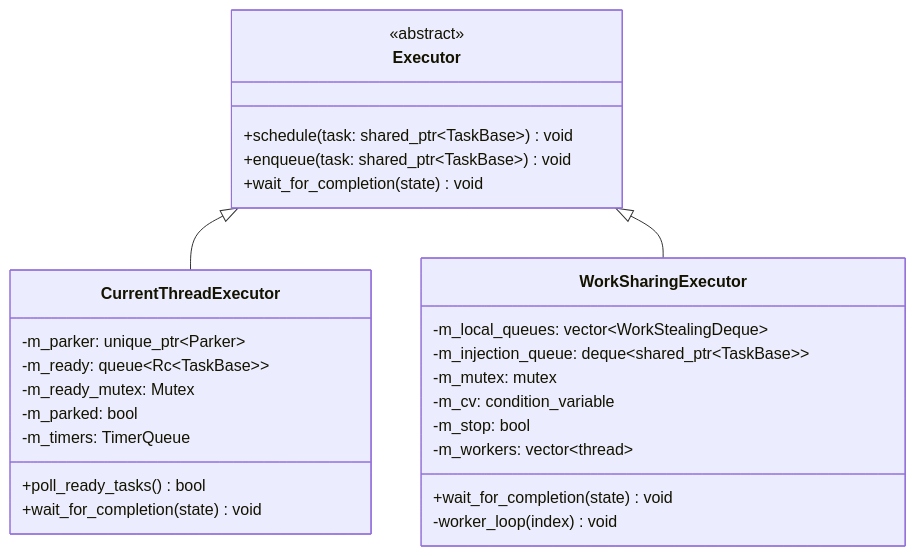
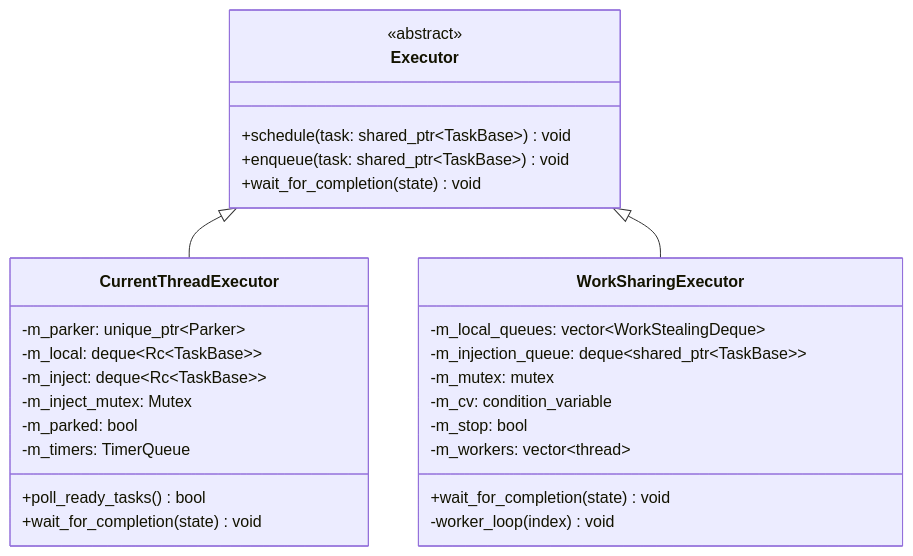
The second of 3 diagrams in doc/design/executor_design.md (bts164/coro), drawn with Mermaid before and after one commit. The commit also changed other lines of this file and 28 other files, not shown here.

Commit message:
Added task budget to prevent always ready tasks from holding on to the executor indefinitely

````diff
--- a/doc/design/executor_design.md
+++ b/doc/design/executor_design.md
@@ -448,30 +561,31 @@
 ```mermaid
 classDiagram
     class Executor {
         <<abstract>>
         +schedule(task: shared_ptr~TaskBase~) void
         +enqueue(task: shared_ptr~TaskBase~) void
         +wait_for_completion(state) void
     }
     class CurrentThreadExecutor {
         -m_parker: unique_ptr~Parker~
-        -m_ready: queue~Rc~TaskBase~~
-        -m_ready_mutex: Mutex
+        -m_local: deque~Rc~TaskBase~~
+        -m_inject: deque~Rc~TaskBase~~
+        -m_inject_mutex: Mutex
         -m_parked: bool
         -m_timers: TimerQueue
         +poll_ready_tasks() bool
         +wait_for_completion(state) void
     }
     class WorkSharingExecutor {
         -m_local_queues: vector~WorkStealingDeque~
         -m_injection_queue: deque~shared_ptr~TaskBase~~
         -m_mutex: mutex
         -m_cv: condition_variable
         -m_stop: bool
         -m_workers: vector~thread~
         +wait_for_completion(state) void
         -worker_loop(index) void
     }
     Executor <|-- CurrentThreadExecutor
     Executor <|-- WorkSharingExecutor
 ```
````
